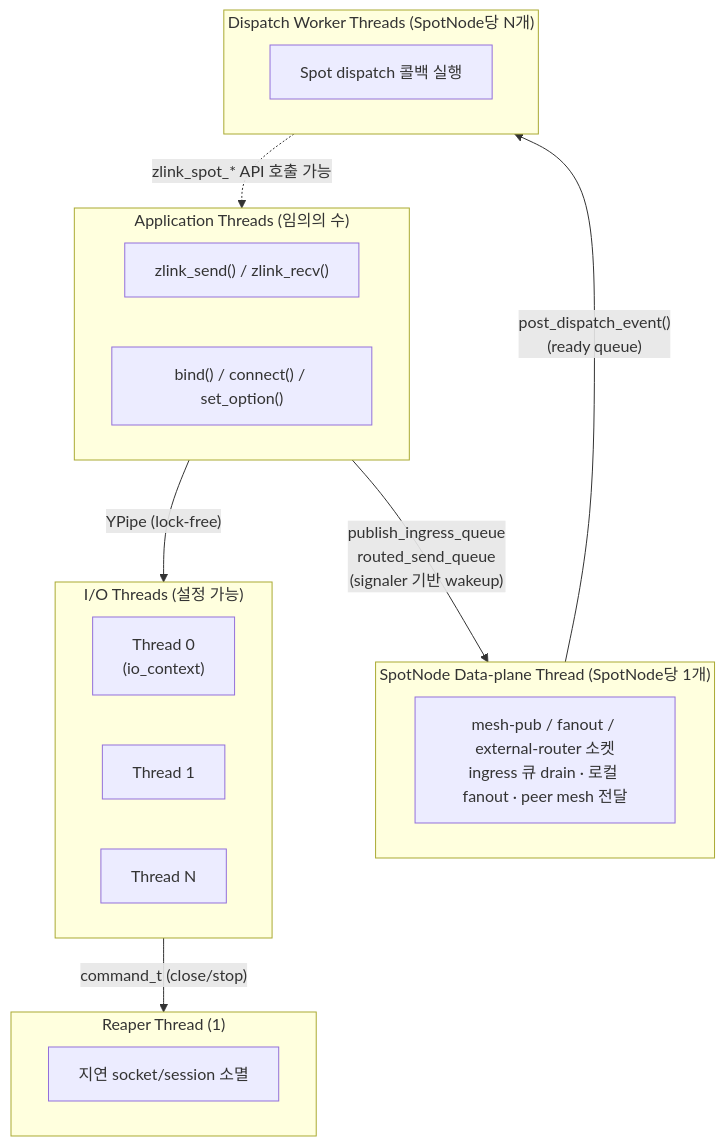
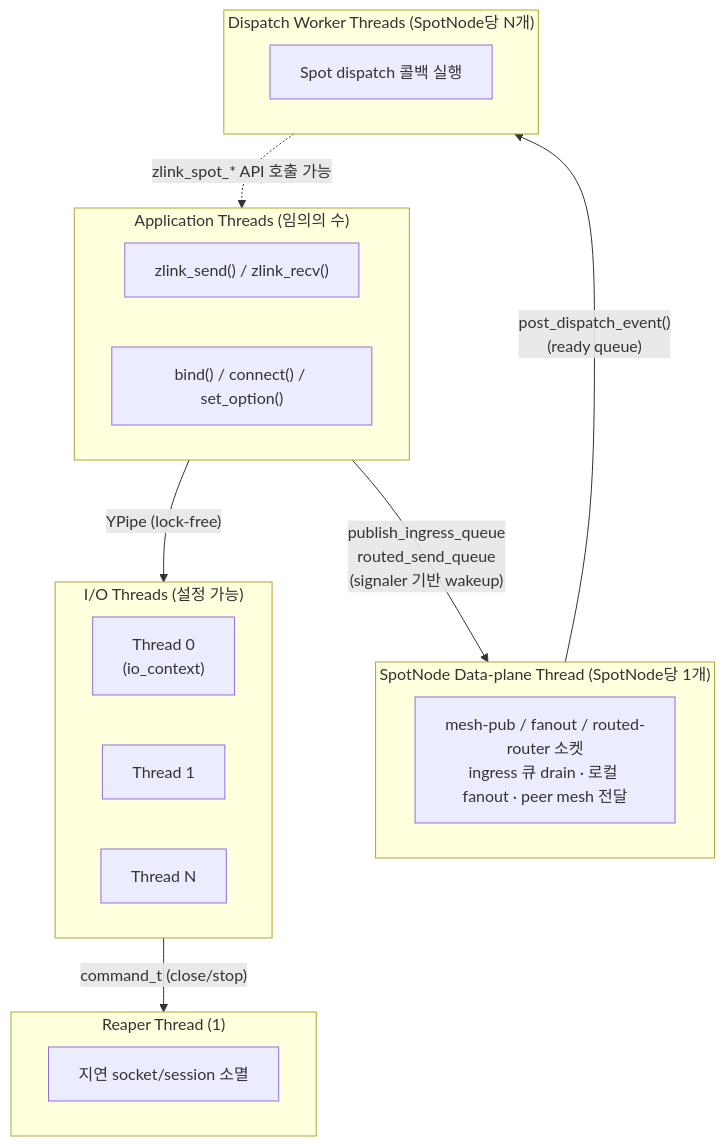
One commit to kairos-code-dev/zlink changed the first of 2 diagrams in core/doc/internals/threading-model.ko.md. Above: the diagram before and after it, drawn with Mermaid. The commit also changed other lines of this file and 107 other files, not shown here.

````diff
--- a/core/doc/internals/threading-model.ko.md
+++ b/core/doc/internals/threading-model.ko.md
@@ -34,28 +34,28 @@
 ```mermaid
 flowchart TB
     subgraph APP["Application Threads (임의의 수)"]
         direction LR
         A1["zlink_send() / zlink_recv()"]
         A2["bind() / connect() / set_option()"]
     end
     subgraph IO["I/O Threads (설정 가능)"]
         direction LR
         T0["Thread 0\n(io_context)"]
         T1["Thread 1"]
         TN["Thread N"]
     end
     subgraph REAPER["Reaper Thread (1)"]
         R1["지연 socket/session 소멸"]
     end
     subgraph SPOT_DATA["SpotNode Data-plane Thread (SpotNode당 1개)"]
-        DP["mesh-pub / fanout / external-router 소켓\ningress 큐 drain · 로컬 fanout · peer mesh 전달"]
+        DP["mesh-pub / fanout / routed-router 소켓\ningress 큐 drain · 로컬 fanout · peer mesh 전달"]
     end
     subgraph SPOT_WORKERS["Dispatch Worker Threads (SpotNode당 N개)"]
         W1["Spot dispatch 콜백 실행"]
     end
     APP -- "YPipe (lock-free)" --> IO
     IO -- "command_t (close/stop)" --> REAPER
     APP -- "publish_ingress_queue\nrouted_send_queue\n(signaler 기반 wakeup)" --> SPOT_DATA
     SPOT_DATA -- "post_dispatch_event()\n(ready queue)" --> SPOT_WORKERS
     SPOT_WORKERS -. "zlink_spot_* API 호출 가능" .-> APP
 ```
````
